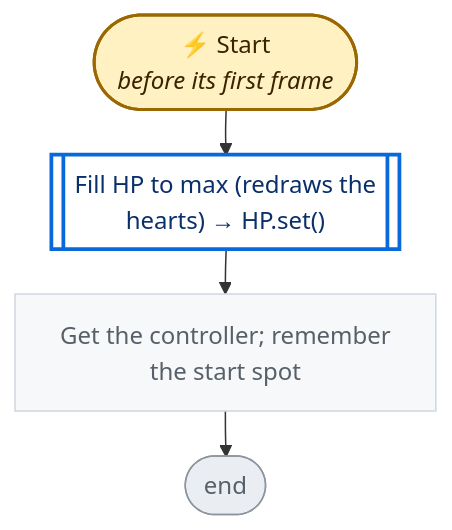
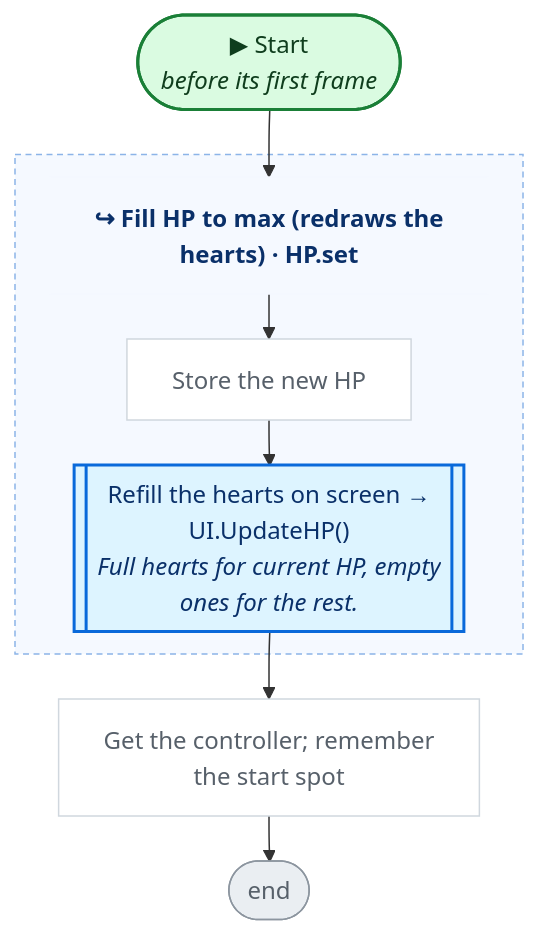
Before and after one commit to nataiai/Lord-of-the-Dungeon: the seventh of 15 diagrams in CodeGraph~/graph/Player.cs.md, drawn with Mermaid. The commit also changed other lines of this file and 44 other files, not shown here.

````diff
--- a/CodeGraph~/graph/Player.cs.md
+++ b/CodeGraph~/graph/Player.cs.md
@@ -336,31 +362,46 @@
 ```mermaid
 ---
 config:
   flowchart:
     wrappingWidth: 260
     nodeSpacing: 26
     rankSpacing: 30
 ---
 flowchart TD
-  nS(["⚡ Start<br><i>before its first frame</i>"])
-  n104384[["Fill HP to max (redraws the<br>hearts) → HP.set()"]]
+  nS(["▶ Start<br><i>before its first frame</i>"])
+  n104384_h["↪ Fill HP to max (redraws the<br>hearts) · HP.set"]
+  n104384_n4250c3["Store the new HP"]
+  n104384_n737072[["Refill the hearts on screen →<br>UI.UpdateHP()<br><i>Full hearts for current HP, empty</i><br><i>ones for the rest.</i>"]]
   n8c2866["Get the controller; remember<br>the start spot"]
   nE(["end"])
-  nS --> n104384
-  n104384 --> n8c2866
+  subgraph n104384_g[" "]
+    n104384_h
+    n104384_n4250c3
+    n104384_n737072
+  end
+  style n104384_g fill:#f5f9ff,stroke:#8cb4e8,stroke-dasharray:4 3,color:#0a3069
+  nS --> n104384_h
   n8c2866 --> nE
-  classDef unity fill:#fff1c2,stroke:#9a6700,stroke-width:2px,color:#3b2300
-  classDef start fill:#ddf4ff,stroke:#0969da,stroke-width:2px,color:#0a3069
-  classDef calc fill:#f6f8fa,stroke:#d0d7de,color:#57606a
-  classDef calls fill:#ffffff,stroke:#0969da,stroke-width:2.5px,color:#0a3069
-  classDef cond fill:#ffffff,stroke:#6e7781,stroke-width:1.5px,color:#1f2328
-  classDef loop fill:#fbefff,stroke:#8250df,color:#3e1f79
-  classDef exit fill:#eaeef2,stroke:#57606a,color:#24292f
-  classDef wait fill:#fff8f0,stroke:#bc4c00,color:#4d1d00
+  n104384_h --> n104384_n4250c3
+  n104384_n4250c3 --> n104384_n737072
+  n104384_n737072 --> n8c2866
+  classDef unity fill:#dafbe1,stroke:#1a7f37,stroke-width:2px,color:#0f3d1d
+  classDef start fill:#dafbe1,stroke:#1a7f37,stroke-width:2px,color:#0f3d1d
+  classDef calc fill:#ffffff,stroke:#d0d7de,color:#57606a
+  classDef calls fill:#ddf4ff,stroke:#0969da,stroke-width:2px,color:#0a3069
+  classDef ext fill:#ddf4ff,stroke:#0969da,stroke-width:2px,stroke-dasharray:5 3,color:#0a3069
+  classDef cond fill:#fff8c5,stroke:#bf8700,stroke-width:1.5px,color:#3d2a00
+  classDef loop fill:#f6f8fa,stroke:#57606a,color:#1f2328
+  classDef exit fill:#ffebe9,stroke:#cf222e,color:#82071e
+  classDef kill fill:#ffebe9,stroke:#cf222e,stroke-width:2px,color:#82071e
+  classDef spawn fill:#dafbe1,stroke:#1a7f37,stroke-width:2px,color:#0f3d1d
+  classDef wait fill:#fff1e5,stroke:#bc4c00,color:#4d1d00
   classDef fin fill:#eaeef2,stroke:#8c959f,color:#57606a
   classDef join fill:#d0d7de,stroke:#8c959f,color:#57606a
-  class n8c2866 calc
-  class n104384 calls
+  classDef ghdr fill:#f5f9ff,stroke:#f5f9ff,color:#0a3069,font-weight:bold
+  class n104384_n4250c3,n8c2866 calc
+  class n104384_n737072 calls
   class nE fin
+  class n104384_h ghdr
   class nS unity
 ```
````
